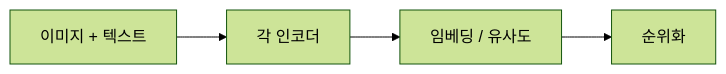
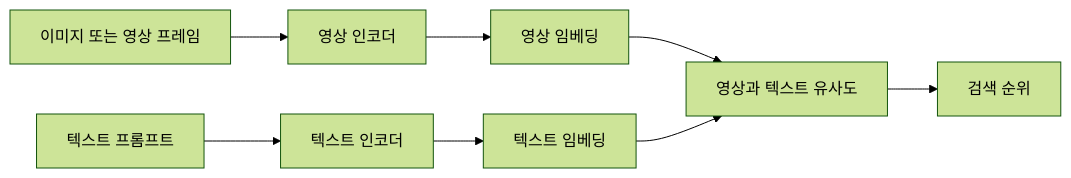
Before and after one commit to james-joobs/awesome-nvidia-physical-ai: the diagram in docs/ko/siglip-2.md, drawn with Mermaid (forest theme). The commit also changed other lines of this file and 187 other files, not shown here.

Commit message:
Expand bilingual guides with official architecture references

````diff
--- a/docs/ko/siglip-2.md
+++ b/docs/ko/siglip-2.md
@@ -11,4 +11,8 @@
 ```mermaid
 flowchart LR
-    A["이미지 + 텍스트"] --> B["각 인코더"] --> C["임베딩 / 유사도"] --> D["순위화"]
+    I["이미지 또는 영상 프레임"] --> V["영상 인코더"] --> IV["영상 임베딩"]
+    T["텍스트 프롬프트"] --> L["텍스트 인코더"] --> TV["텍스트 임베딩"]
+    IV --> S["영상과 텍스트 유사도"]
+    TV --> S
+    S --> R["검색 순위"]
 ```
````
